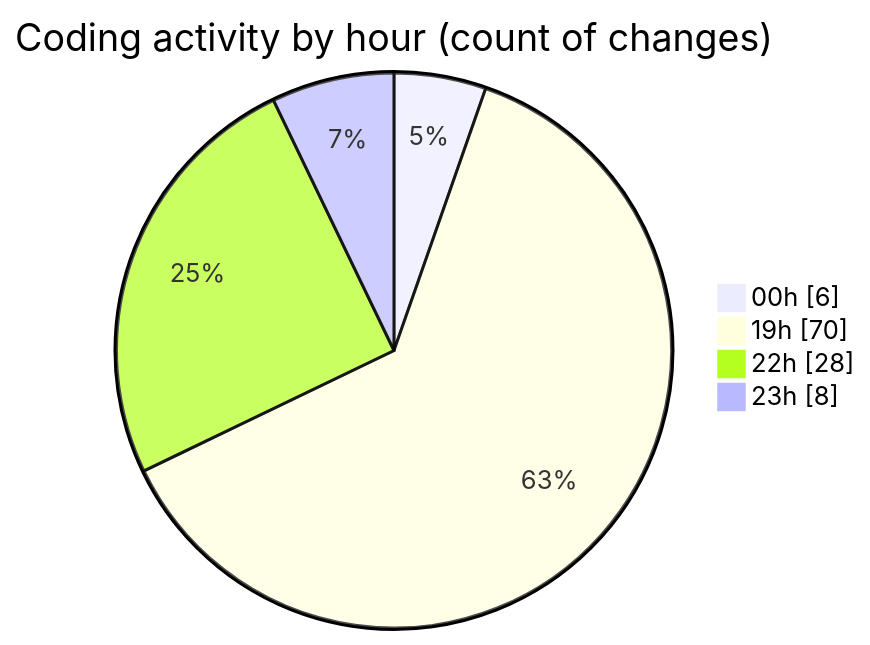
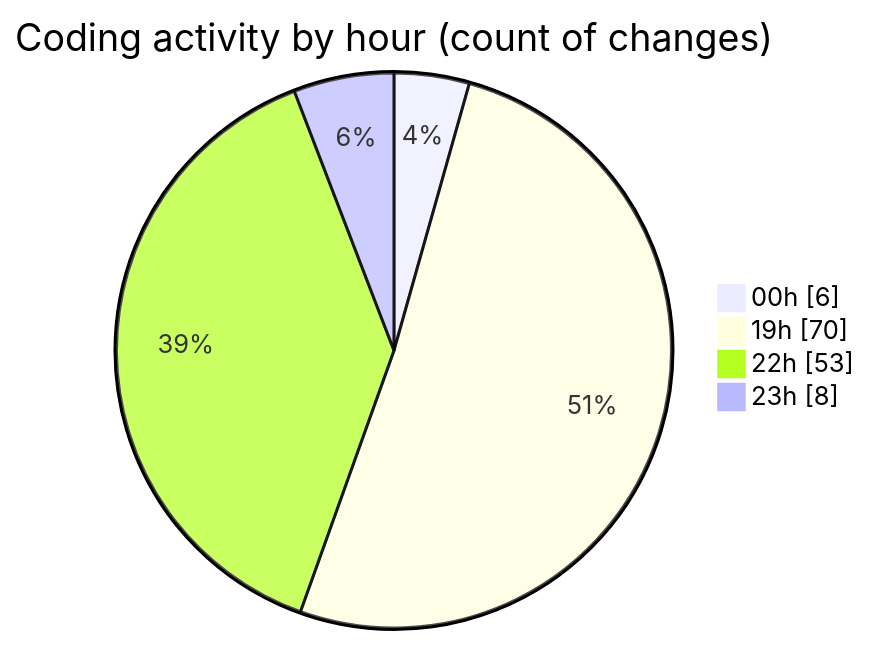
Before and after one commit to Ritupan-Deka/code-tracking: the second of 2 diagrams in 2025-08-05/javascript/README.md, drawn with Mermaid. The commit also changed other lines of this file and 1 other file, not shown here.

````diff
--- a/2025-08-05/javascript/README.md
+++ b/2025-08-05/javascript/README.md
@@ -30,8 +30,8 @@
 ```mermaid
 pie showData
 title Coding activity by hour (count of changes)
 "00h" : 6
 "19h" : 70
-"22h" : 28
+"22h" : 53
 "23h" : 8
 ```
````
